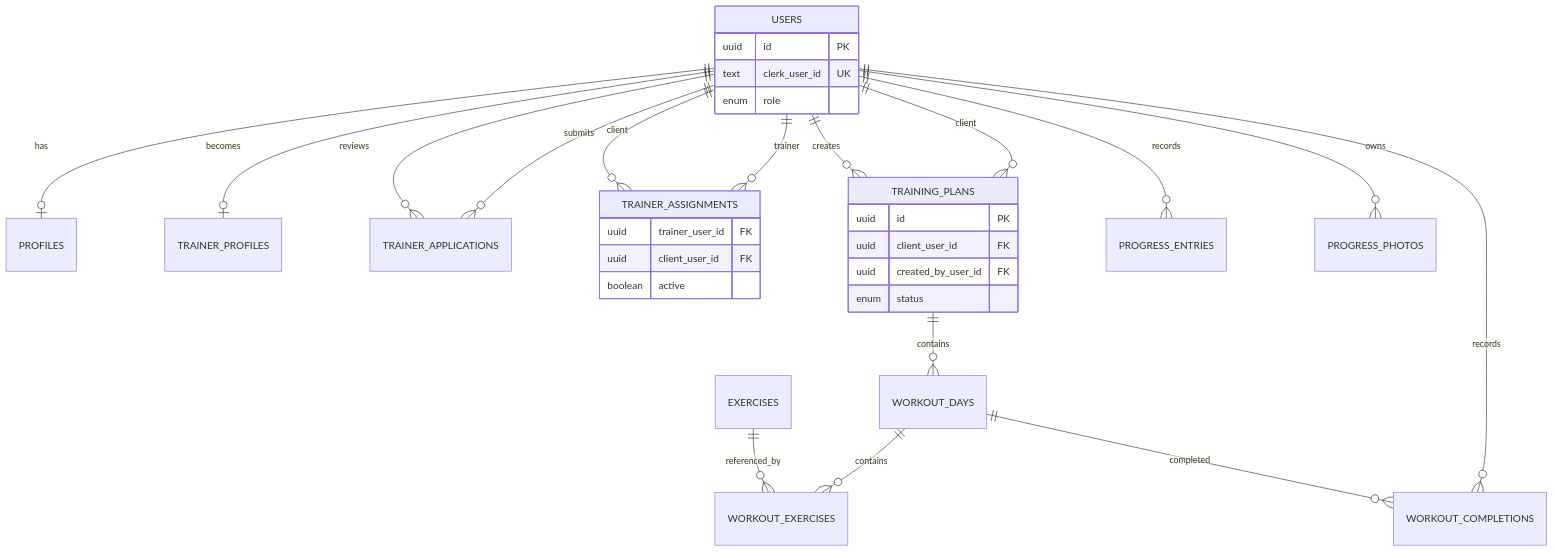
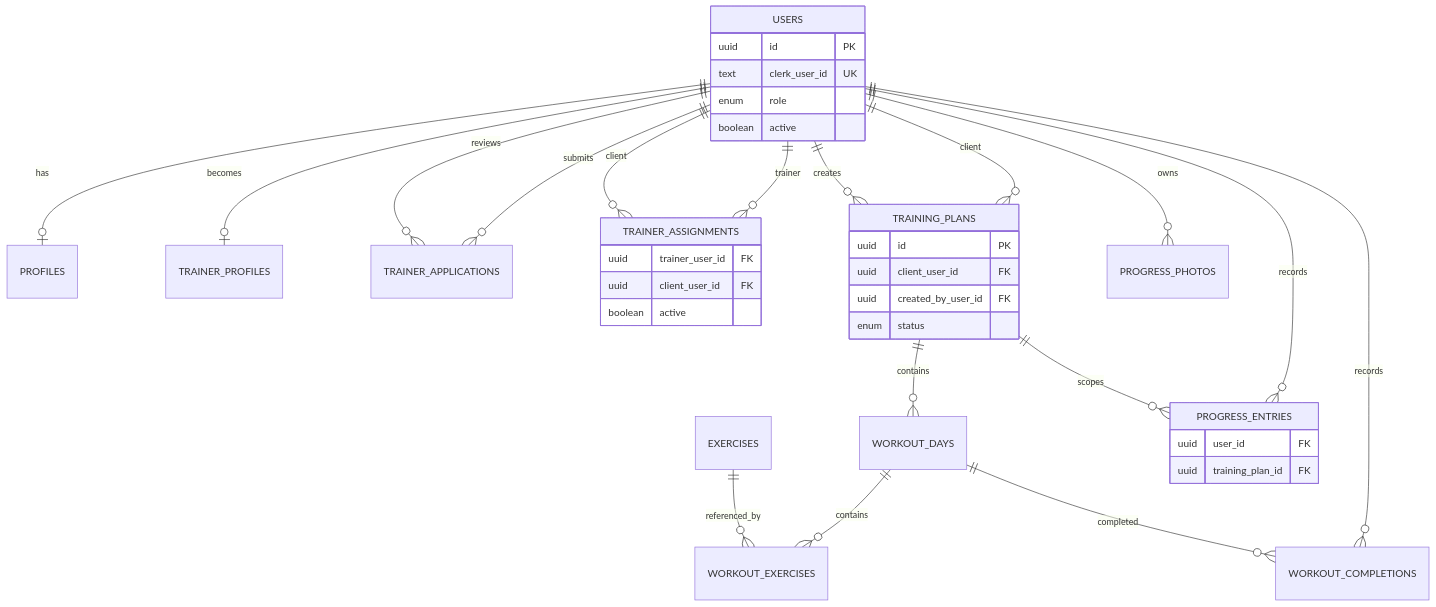
One commit to PlamenPlamenovStanchev/FitPath changed the diagram in README.md. Above: the diagram before and after it, drawn with Mermaid. The commit also changed other lines of this file and 1 other file, not shown here.

Commit message:
feat: update README with enhanced progress tracking and admin user lifecycle details

````diff
--- a/README.md
+++ b/README.md
@@ -55,35 +60,41 @@
 ```mermaid
 erDiagram
     USERS ||--o| PROFILES : has
     USERS ||--o| TRAINER_PROFILES : becomes
     USERS ||--o{ TRAINER_APPLICATIONS : submits
     USERS ||--o{ TRAINER_APPLICATIONS : reviews
     USERS ||--o{ TRAINER_ASSIGNMENTS : trainer
     USERS ||--o{ TRAINER_ASSIGNMENTS : client
     USERS ||--o{ TRAINING_PLANS : client
     USERS ||--o{ TRAINING_PLANS : creates
     TRAINING_PLANS ||--o{ WORKOUT_DAYS : contains
     WORKOUT_DAYS ||--o{ WORKOUT_EXERCISES : contains
     EXERCISES ||--o{ WORKOUT_EXERCISES : referenced_by
     USERS ||--o{ WORKOUT_COMPLETIONS : records
     WORKOUT_DAYS ||--o{ WORKOUT_COMPLETIONS : completed
     USERS ||--o{ PROGRESS_ENTRIES : records
+    TRAINING_PLANS ||--o{ PROGRESS_ENTRIES : scopes
     USERS ||--o{ PROGRESS_PHOTOS : owns
 
     USERS {
       uuid id PK
       text clerk_user_id UK
       enum role
+      boolean active
     }
     TRAINING_PLANS {
       uuid id PK
       uuid client_user_id FK
       uuid created_by_user_id FK
       enum status
     }
+    PROGRESS_ENTRIES {
+      uuid user_id FK
+      uuid training_plan_id FK
+    }
     TRAINER_ASSIGNMENTS {
       uuid trainer_user_id FK
       uuid client_user_id FK
       boolean active
     }
 ```
````
